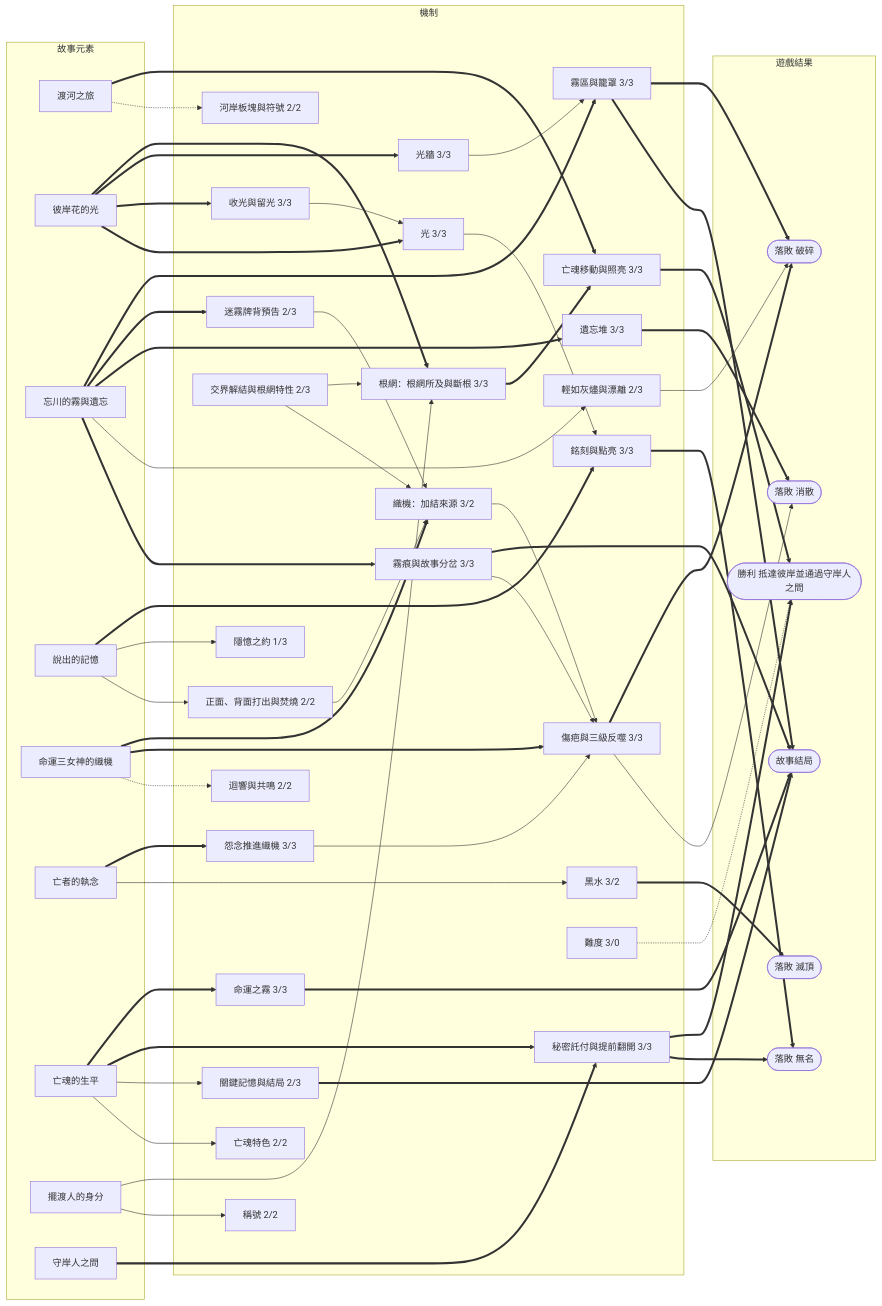
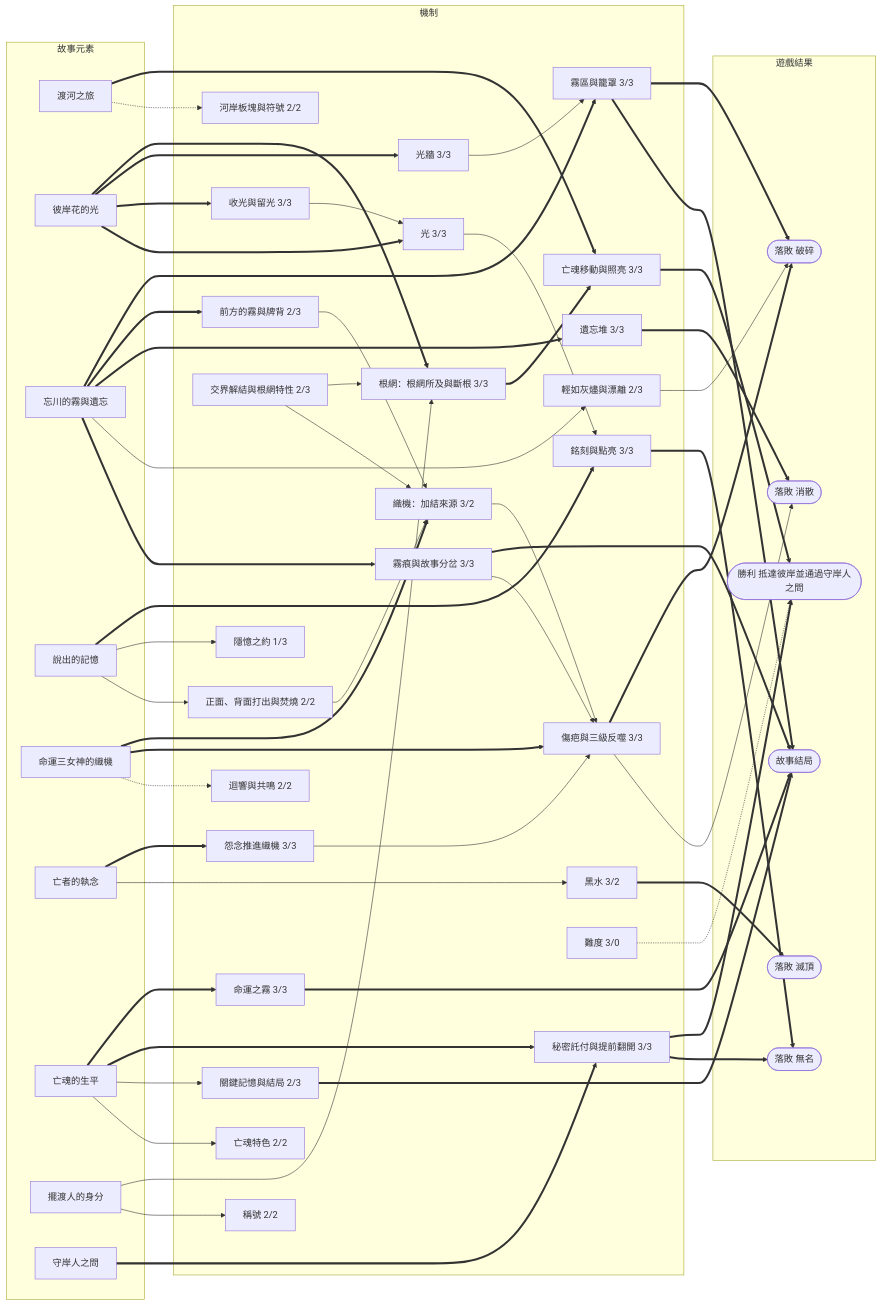
One commit to Ralph-Liu-Hub/Boardgame-Netherbloom changed the second of 2 diagrams in docs/design/V5-proposal.zh-TW.md. Above: the diagram before and after it, drawn with Mermaid. The commit also changed other lines of this file, not shown here.

```diff
--- a/docs/design/V5-proposal.zh-TW.md
+++ b/docs/design/V5-proposal.zh-TW.md
@@ -339,7 +349,7 @@
     M8[河岸板塊與符號 2/2]
     M9[織機：加結來源 3/2]
     M10[傷疤與三級反噬 3/3]
-    M11[迷霧牌背預告 2/3]
+    M11[前方的霧與牌背 2/3]
     M12[遺忘堆 3/3]
     M13[輕如灰燼與漂離 2/3]
     M14[隱憶之約 1/3]
```
